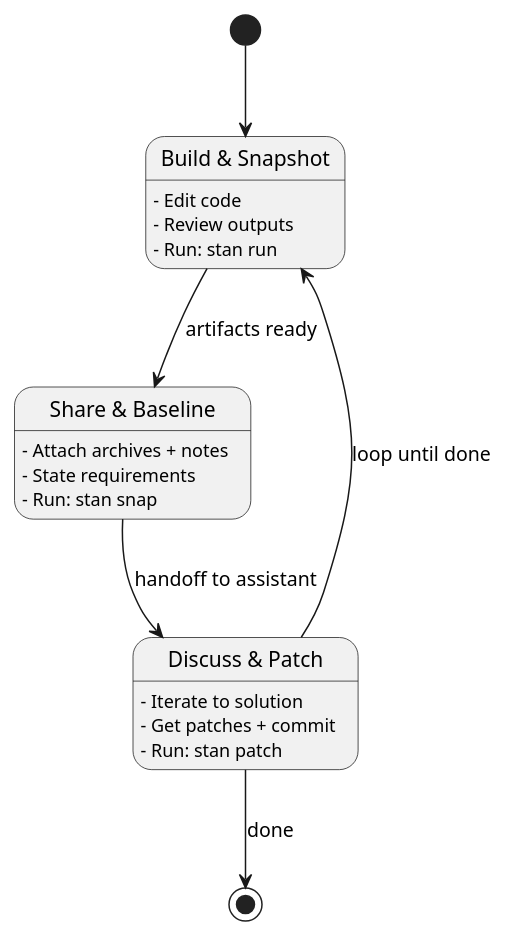
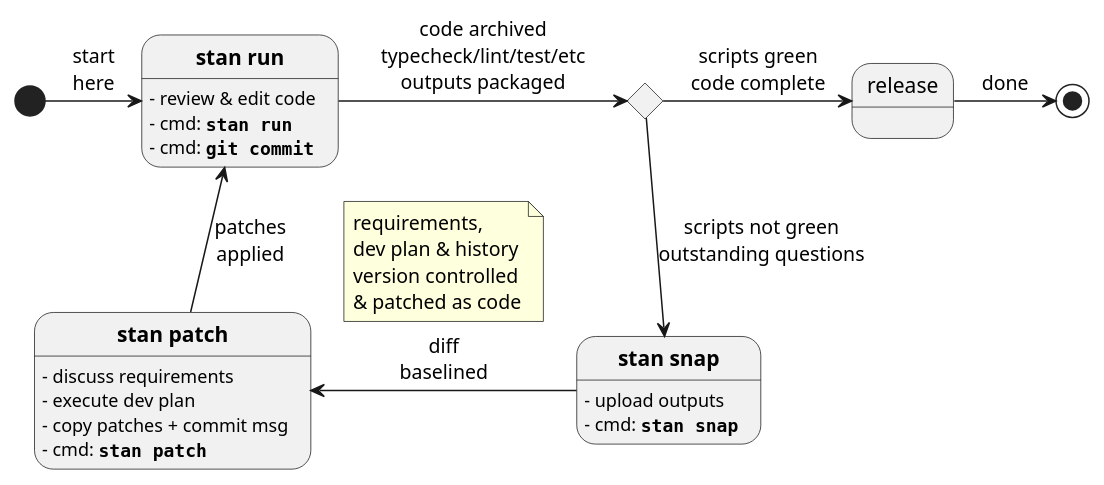
One commit to karmaniverous/stan-cli changed the diagram in diagrams/stan-loop.pu. Above: the diagram before and after it, drawn with PlantUML. The commit also changed 9 other files, not shown here.

```diff
--- a/diagrams/stan-loop.pu
+++ b/diagrams/stan-loop.pu
@@ -1,28 +1,41 @@
 @startuml stan-loop 
 
 skinparam defaultFontName Monospace
 
-state "Build & Snapshot" as Build
-Build: - Edit code
-Build: - Review outputs
-Build: - Run: stan run
+state "**stan run**" as Run
+Run: - review & edit code
+Run: - cmd: **""stan run""**
+Run: - cmd: **""git commit""**
 
-state "Share & Baseline" as Share
-Share: - Attach archives + notes
-Share: - State requirements
-Share: - Run: stan snap
+state "**stan snap**" as Snap
+Snap: - upload outputs
+Snap: - cmd: **""stan snap""**
 
-state "Discuss & Patch" as Discuss
-Discuss: - Iterate to solution
-Discuss: - Get patches + commit
-Discuss: - Run: stan patch
+state "**stan patch**" as Patch
+Patch: - discuss requirements
+Patch: - execute dev plan
+Patch: - copy patches + commit msg
+Patch: - cmd: **""stan patch""**
 
-[*] --> Build
+state "release" as Release
 
-Build --> Share : artifacts ready
-Share --> Discuss : handoff to assistant
-Discuss --> Build : loop until done
+state Done <<choice>>
 
-Discuss --> [*] : done
+[*] -right-> Run: start\nhere
+
+Run -right-> Done: code archived\ntypecheck/lint/test/etc\noutputs packaged
+Done -right-> Release : scripts green\ncode complete
+Release -right-> [*] : done
+Done -down-> Snap : scripts not green\noutstanding questions
+Snap -left-> Patch : diff\nbaselined
+note top on link
+    requirements, 
+    dev plan & history
+    version controlled
+    & patched as code
+end note
+Patch -up-> Run : patches\napplied
+
+
 
 @enduml
```
